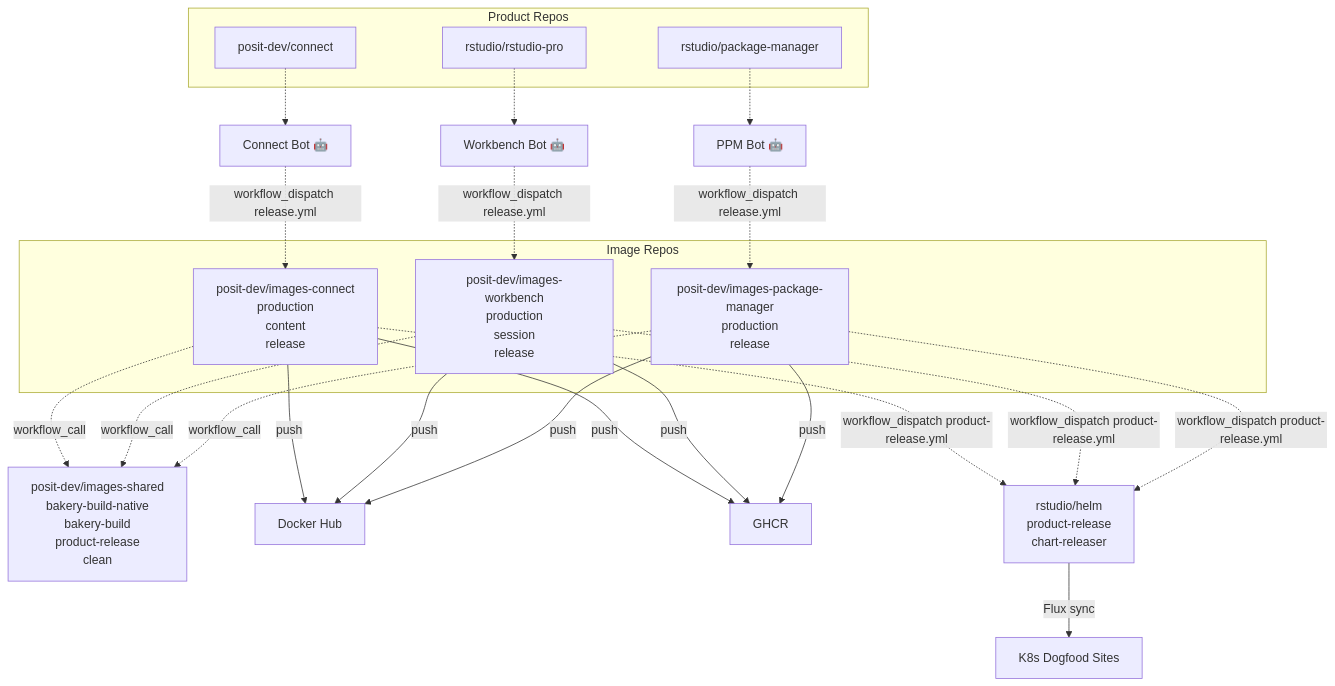
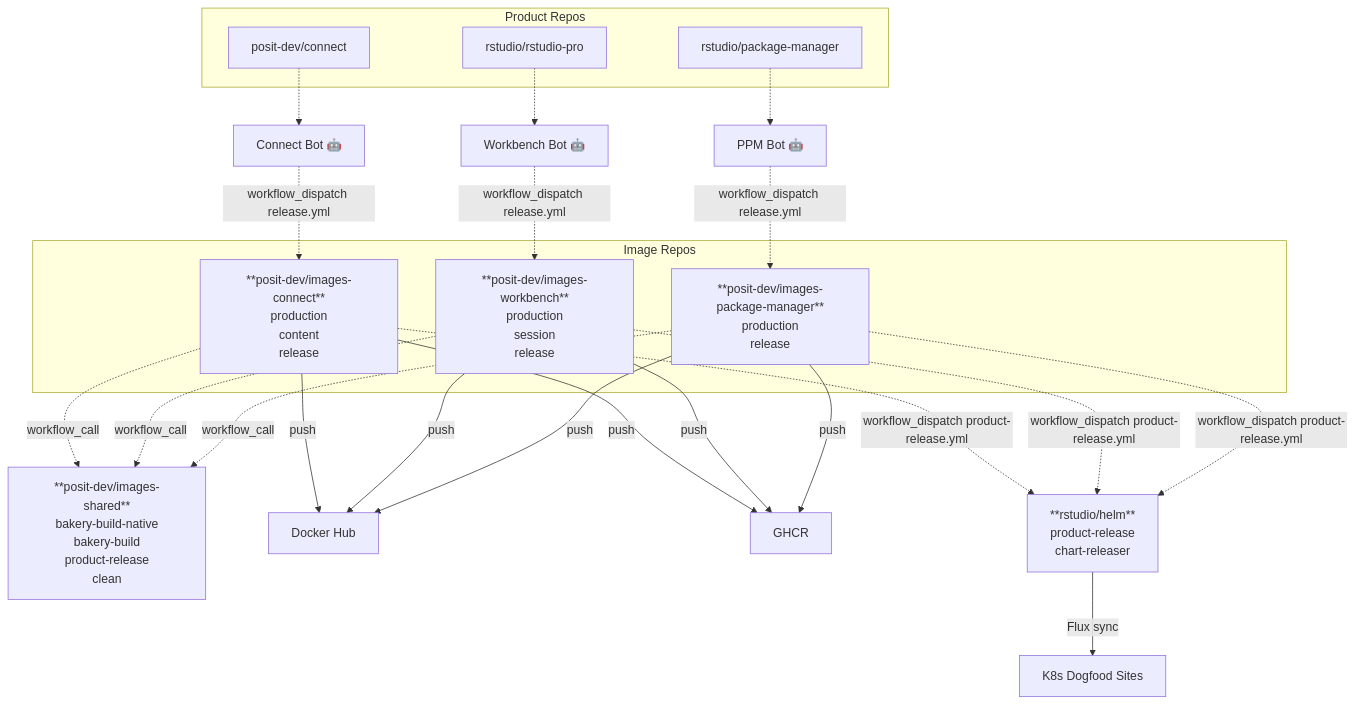
The second of 3 diagrams in docs/cross-repo-dag.md (posit-dev/images-shared), drawn with Mermaid before and after one commit. The commit also changed other lines of this file, not shown here.

Commit message:
Bold repo names in DAG nodes
Wraps repository names in **bold** to visually separate them from
the workflow list beneath each node.

````diff
--- a/docs/cross-repo-dag.md
+++ b/docs/cross-repo-dag.md
@@ -48,51 +48,51 @@
 ```mermaid
 graph TD
     subgraph "Product Repos"
         CONNECT_PROD["posit-dev/connect"]
         WORKBENCH_PROD["rstudio/rstudio-pro"]
         PPM_PROD["rstudio/package-manager"]
     end
 
     CONNECT_BOT["Connect Bot 🤖"]
     WORKBENCH_BOT["Workbench Bot 🤖"]
     PPM_BOT["PPM Bot 🤖"]
 
     CONNECT_PROD -.-> CONNECT_BOT
     WORKBENCH_PROD -.-> WORKBENCH_BOT
     PPM_PROD -.-> PPM_BOT
 
     CONNECT_BOT -.->|"workflow_dispatch release.yml"| IMG_CONNECT
     WORKBENCH_BOT -.->|"workflow_dispatch release.yml"| IMG_WORKBENCH
     PPM_BOT -.->|"workflow_dispatch release.yml"| IMG_PM
 
-    SHARED["posit-dev/images-shared<br/>bakery-build-native<br/>bakery-build<br/>product-release<br/>clean"]
+    SHARED["**posit-dev/images-shared**<br/>bakery-build-native<br/>bakery-build<br/>product-release<br/>clean"]
 
     subgraph "Image Repos"
-        IMG_CONNECT["posit-dev/images-connect<br/>production<br/>content<br/>release"]
-        IMG_WORKBENCH["posit-dev/images-workbench<br/>production<br/>session<br/>release"]
-        IMG_PM["posit-dev/images-package-manager<br/>production<br/>release"]
+        IMG_CONNECT["**posit-dev/images-connect**<br/>production<br/>content<br/>release"]
+        IMG_WORKBENCH["**posit-dev/images-workbench**<br/>production<br/>session<br/>release"]
+        IMG_PM["**posit-dev/images-package-manager**<br/>production<br/>release"]
     end
 
     IMG_CONNECT -.->|workflow_call| SHARED
     IMG_WORKBENCH -.->|workflow_call| SHARED
     IMG_PM -.->|workflow_call| SHARED
 
     IMG_CONNECT -->|push| DOCKERHUB
     IMG_CONNECT -->|push| GHCR
     IMG_WORKBENCH -->|push| DOCKERHUB
     IMG_WORKBENCH -->|push| GHCR
     IMG_PM -->|push| DOCKERHUB
     IMG_PM -->|push| GHCR
 
     DOCKERHUB["Docker Hub"]
     GHCR["GHCR"]
 
     IMG_CONNECT -.->|"workflow_dispatch product-release.yml"| HELM
     IMG_WORKBENCH -.->|"workflow_dispatch product-release.yml"| HELM
     IMG_PM -.->|"workflow_dispatch product-release.yml"| HELM
 
-    HELM["rstudio/helm<br/>product-release<br/>chart-releaser"]
+    HELM["**rstudio/helm**<br/>product-release<br/>chart-releaser"]
     HELM -->|Flux sync| K8S
 
     K8S["K8s Dogfood Sites"]
 ```
````
